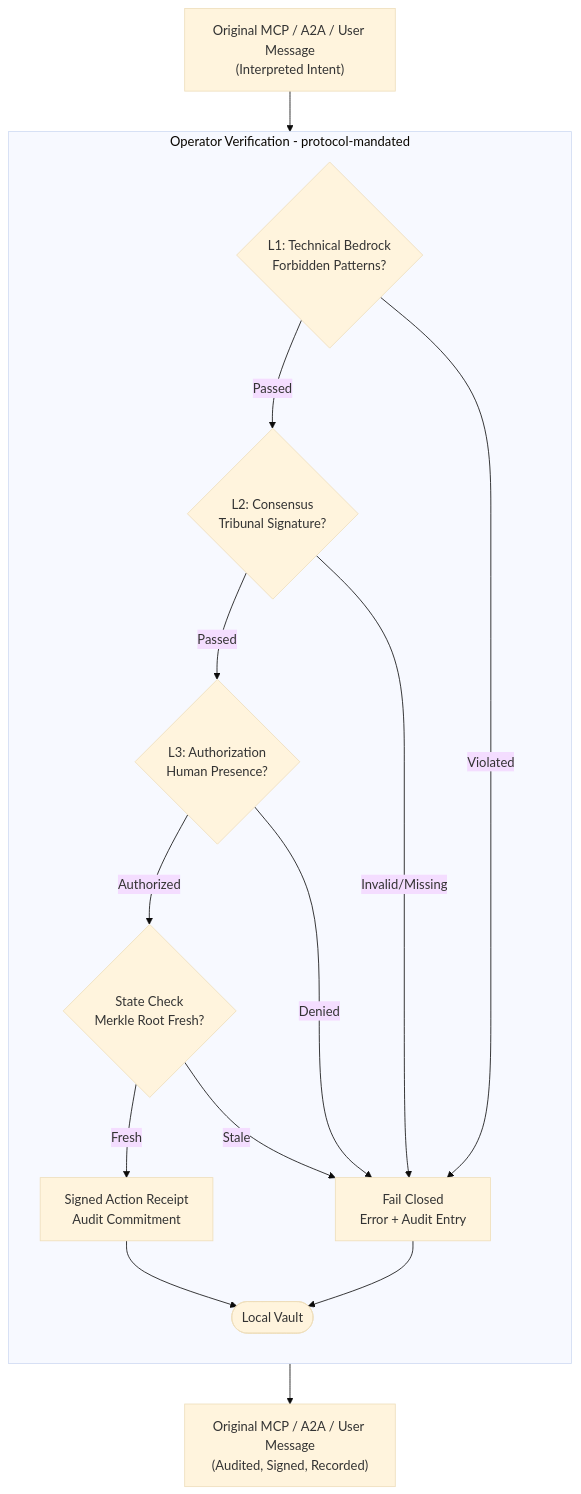
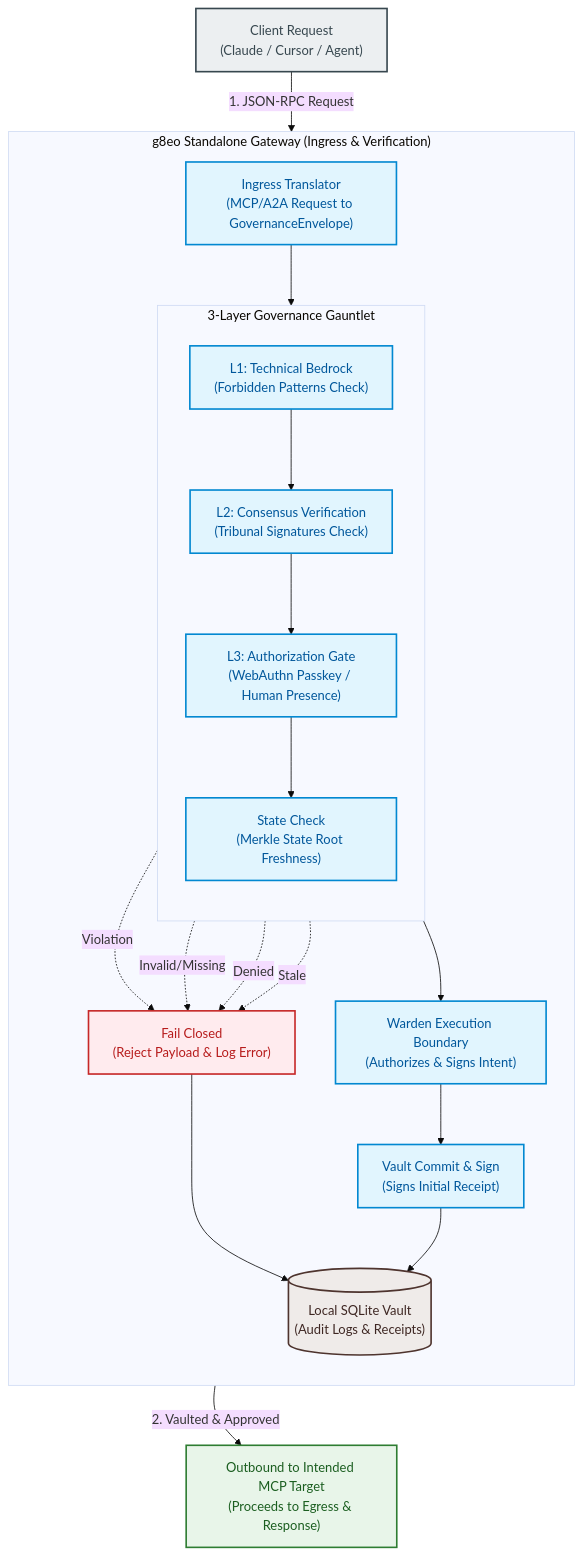
The first of 3 diagrams in README.md (g8e-ai/g8e), drawn with Mermaid (base theme) before and after one commit. The commit also changed other lines of this file and 2 other files, not shown here.

Commit message:
clarify warden role better

````diff
--- a/README.md
+++ b/README.md
@@ -62,35 +69,53 @@
 ```mermaid
 graph TD
-    Start["Original MCP / A2A / User Message<br/>(Interpreted Intent)"]
+    classDef client fill:#eceff1,stroke:#37474f,stroke-width:2px,color:#37474f;
+    classDef gate fill:#e1f5fe,stroke:#0288d1,stroke-width:2px,color:#01579b;
+    classDef fail fill:#ffebee,stroke:#c62828,stroke-width:2px,color:#b71c1c;
+    classDef vault fill:#efebe9,stroke:#4e342e,stroke-width:2px,color:#3e2723;
+    classDef target fill:#e8f5e9,stroke:#2e7d32,stroke-width:2px,color:#1b5e20;
 
-    subgraph Verification ["Operator Verification - protocol-mandated"]
+    ClientReq["Client Request<br/>(Claude / Cursor / Agent)"]:::client
+
+    subgraph g8eo_ingress ["g8eo Standalone Gateway (Ingress & Verification)"]
         direction TB
-        L1{"L1: Technical Bedrock<br/>Forbidden Patterns?"}
-        L2{"L2: Consensus<br/>Tribunal Signature?"}
-        L3{"L3: Authorization<br/>Human Presence?"}
-        State{"State Check<br/>Merkle Root Fresh?"}
-        
-        FailClosed["Fail Closed<br/>Error + Audit Entry"]
-        Warden["Signed Action Receipt<br/>Audit Commitment"]
-        LocalVault([Local Vault])
 
-        L1 -- "Passed" --> L2
-        L1 -- "Violated" ----> FailClosed
-        
-        L2 -- "Passed" --> L3
-        L2 -- "Invalid/Missing" ---> FailClosed
-        
-        L3 -- "Authorized" --> State
-        L3 -- "Denied" --> FailClosed
-        
-        State -- "Fresh" --> Warden
-        State -- "Stale" --> FailClosed
+        TranslatorIn["Ingress Translator<br/>(MCP/A2A Request to GovernanceEnvelope)"]:::gate
 
-        Warden --> LocalVault
-        FailClosed --> LocalVault
+        subgraph Verification ["3-Layer Governance Gauntlet"]
+            direction TB
+            L1["L1: Technical Bedrock<br/>(Forbidden Patterns Check)"]:::gate
+            L2["L2: Consensus Verification<br/>(Tribunal Signatures Check)"]:::gate
+            L3["L3: Authorization Gate<br/>(WebAuthn Passkey / Human Presence)"]:::gate
+            State["State Check<br/>(Merkle State Root Freshness)"]:::gate
+
+            L1 --> L2
+            L2 --> L3
+            L3 --> State
+        end
+
+        WardenRequest["Warden Execution Boundary<br/>(Authorizes & Signs Intent)"]:::gate
+        VaultCommitPre["Vault Commit & Sign<br/>(Signs Initial Receipt)"]:::gate
+
+        FailClosed["Fail Closed<br/>(Reject Payload & Log Error)"]:::fail
+        LocalVault[("Local SQLite Vault<br/>(Audit Logs & Receipts)")]:::vault
+
+        TranslatorIn --> L1
+        State --> WardenRequest
+        WardenRequest --> VaultCommitPre
     end
 
-    LocalVault --> Destination["Original MCP / A2A / User Message<br/>(Audited, Signed, Recorded)"]
+    OutboundMCP["Outbound to Intended MCP Target<br/>(Proceeds to Egress & Response)"]:::target
 
-    Start --> L1
+    ClientReq -- "1. JSON-RPC Request" --> TranslatorIn
+
+    L1 -. "Violation" .-> FailClosed
+    L2 -. "Invalid/Missing" .-> FailClosed
+    L3 -. "Denied" .-> FailClosed
+    State -. "Stale" .-> FailClosed
+
+    FailClosed --> LocalVault
+    VaultCommitPre --> LocalVault
+    VaultCommitPre -- "2. Vaulted & Approved" --> OutboundMCP
+    VaultCommitPre ~~~ OutboundMCP
+    LocalVault ~~~ OutboundMCP
 ```
````
